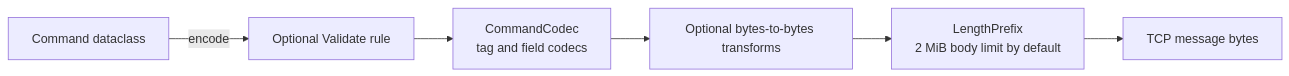
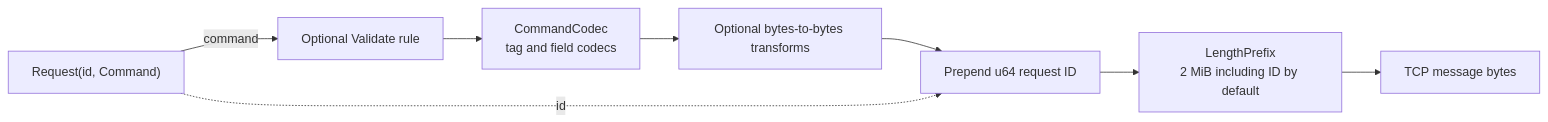
The sixth of 6 diagrams in README.md (gchape/velis), drawn with Mermaid before and after one commit. The commit also changed other lines of this file, not shown here.

Commit message:
docs: document request IDs pipelining and cancellation

````diff
--- a/README.md
+++ b/README.md
@@ -484,8 +492,10 @@
 ```mermaid
 flowchart LR
-    command["Command dataclass"] -->|"encode"| rule["Optional Validate rule"]
+    request["Request(id, Command)"] -->|"command"| rule["Optional Validate rule"]
     rule --> body["CommandCodec<br/>tag and field codecs"]
     body --> transform["Optional bytes-to-bytes transforms"]
-    transform --> framing["LengthPrefix<br/>2 MiB body limit by default"]
+    transform --> envelope["Prepend u64 request ID"]
+    request -.->|"id"| envelope
+    envelope --> framing["LengthPrefix<br/>2 MiB including ID by default"]
     framing --> tcp["TCP message bytes"]
 ```
````
